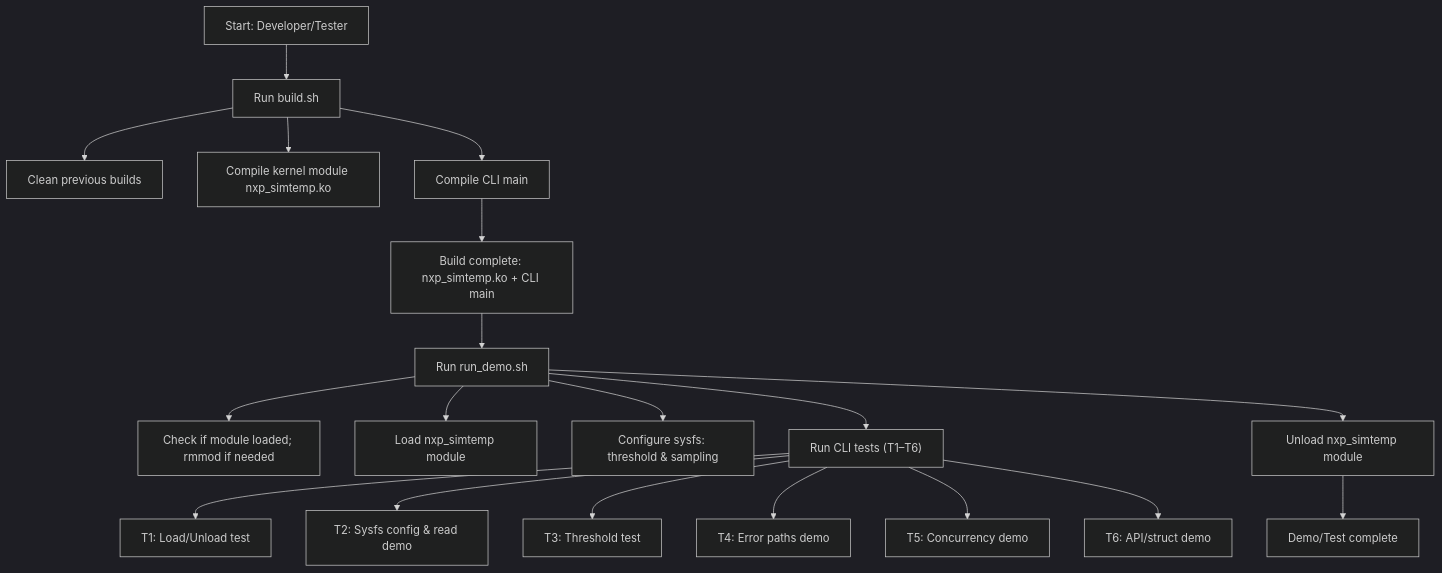
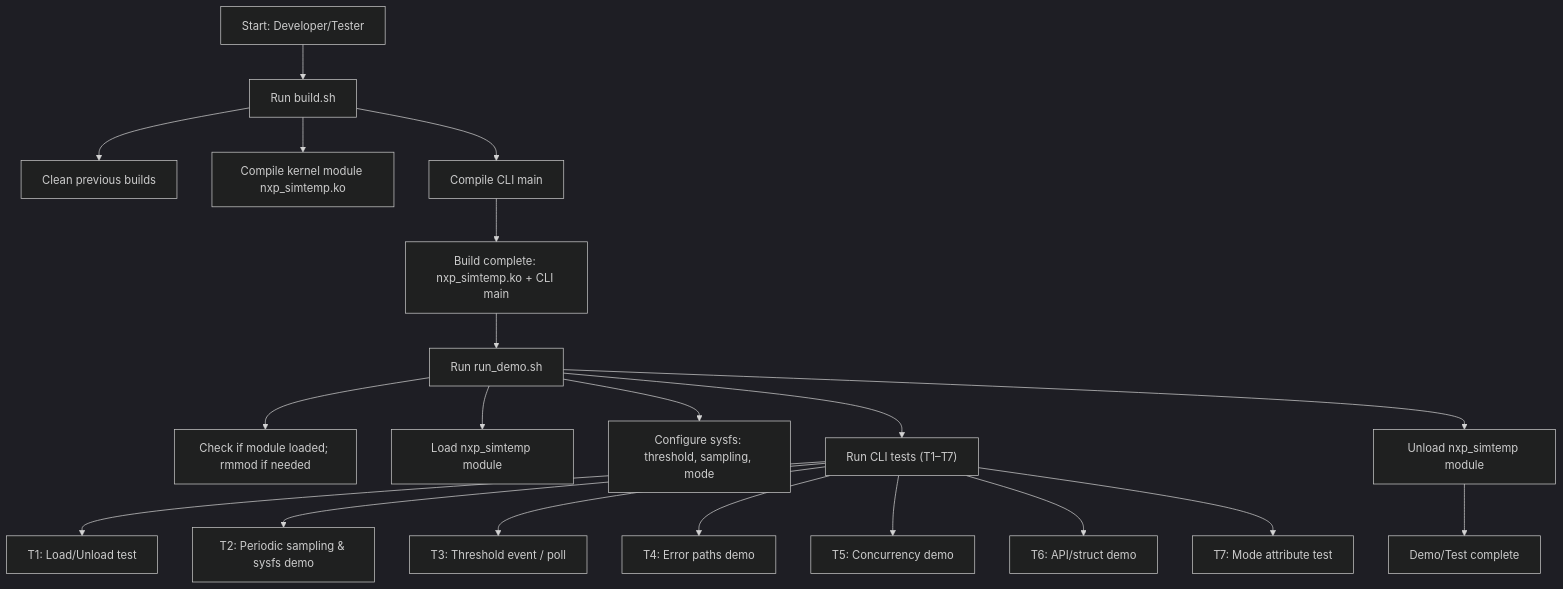
One commit to DarioGarciaPr/NXP_simtemp changed the diagram in docs/README.md. Above: the diagram before and after it, drawn with Mermaid (dark theme).

````diff
--- a/docs/README.md
+++ b/docs/README.md
@@ -49,23 +49,25 @@
 ```mermaid
 flowchart TD
-    A["Start: Developer/Tester"] --> B["Run build.sh"]
-    B --> B1["Clean previous builds"]
-    B --> B2["Compile kernel module nxp_simtemp.ko"]
-    B --> B3["Compile CLI main"]
-    B3 --> C["Build complete: nxp_simtemp.ko + CLI main"]
+A["Start: Developer/Tester"] --> B["Run build.sh"]
+B --> B1["Clean previous builds"]
+B --> B2["Compile kernel module nxp_simtemp.ko"]
+B --> B3["Compile CLI main"]
+B3 --> C["Build complete: nxp_simtemp.ko + CLI main"]
 
-    C --> D["Run run_demo.sh"]
-    D --> D1["Check if module loaded; rmmod if needed"]
-    D --> D2["Load nxp_simtemp module"]
-    D --> D3["Configure sysfs: threshold & sampling"]
-    D --> D4["Run CLI tests (T1–T6)"]
-    D4 --> D4a["T1: Load/Unload test"]
-    D4 --> D4b["T2: Sysfs config & read demo"]
-    D4 --> D4c["T3: Threshold test"]
-    D4 --> D4d["T4: Error paths demo"]
-    D4 --> D4e["T5: Concurrency demo"]
-    D4 --> D4f["T6: API/struct demo"]
-    D --> D5["Unload nxp_simtemp module"]
 
-    D5 --> E[Demo/Test complete]
+C --> D["Run run_demo.sh"]
+D --> D1["Check if module loaded; rmmod if needed"]
+D --> D2["Load nxp_simtemp module"]
+D --> D3["Configure sysfs: threshold, sampling, mode"]
+D --> D4["Run CLI tests (T1–T7)"]
+D4 --> D4a["T1: Load/Unload test"]
+D4 --> D4b["T2: Periodic sampling & sysfs demo"]
+D4 --> D4c["T3: Threshold event / poll"]
+D4 --> D4d["T4: Error paths demo"]
+D4 --> D4e["T5: Concurrency demo"]
+D4 --> D4f["T6: API/struct demo"]
+D4 --> D4g["T7: Mode attribute test"]
+D --> D5["Unload nxp_simtemp module"]
+
+D5 --> E["Demo/Test complete"]
 ```
````
